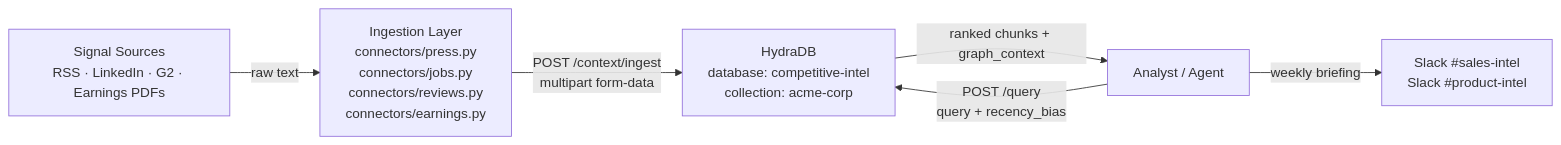
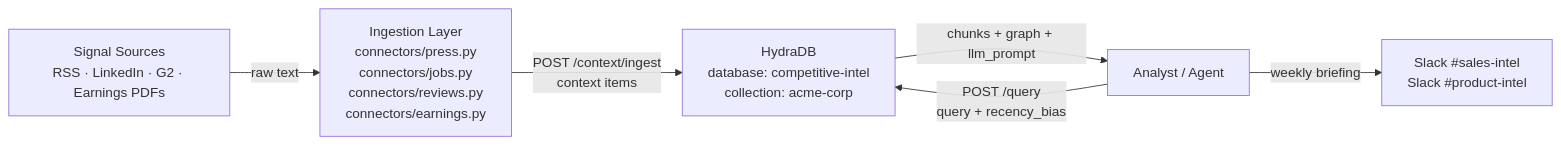
One commit to hydra-db/mintlify-docs changed the diagram in cookbooks/v2/competitive-intelligence-agent.mdx. Above: the diagram before and after it, drawn with Mermaid. The commit also changed other lines of this file and 13 other files, not shown here.

````diff
--- a/cookbooks/v2/competitive-intelligence-agent.mdx
+++ b/cookbooks/v2/competitive-intelligence-agent.mdx
@@ -52,8 +49,8 @@
 ```mermaid
 graph LR
     A["Signal Sources<br/>RSS · LinkedIn · G2 · Earnings PDFs"] -->|"raw text"| B["Ingestion Layer<br/>connectors/press.py<br/>connectors/jobs.py<br/>connectors/reviews.py<br/>connectors/earnings.py"]
-    B -->|"POST /context/ingest<br/>multipart form-data"| C["HydraDB<br/>database: competitive-intel<br/>collection: acme-corp"]
+    B -->|"POST /context/ingest<br/>context items"| C["HydraDB<br/>database: competitive-intel<br/>collection: acme-corp"]
     D["Analyst / Agent"] -->|"POST /query<br/>query + recency_bias"| C
-    C -->|"ranked chunks + graph_context"| D
+    C -->|"chunks + graph + llm_prompt"| D
     D -->|"weekly briefing"| E["Slack #sales-intel<br/>Slack #product-intel"]
 ```
````
